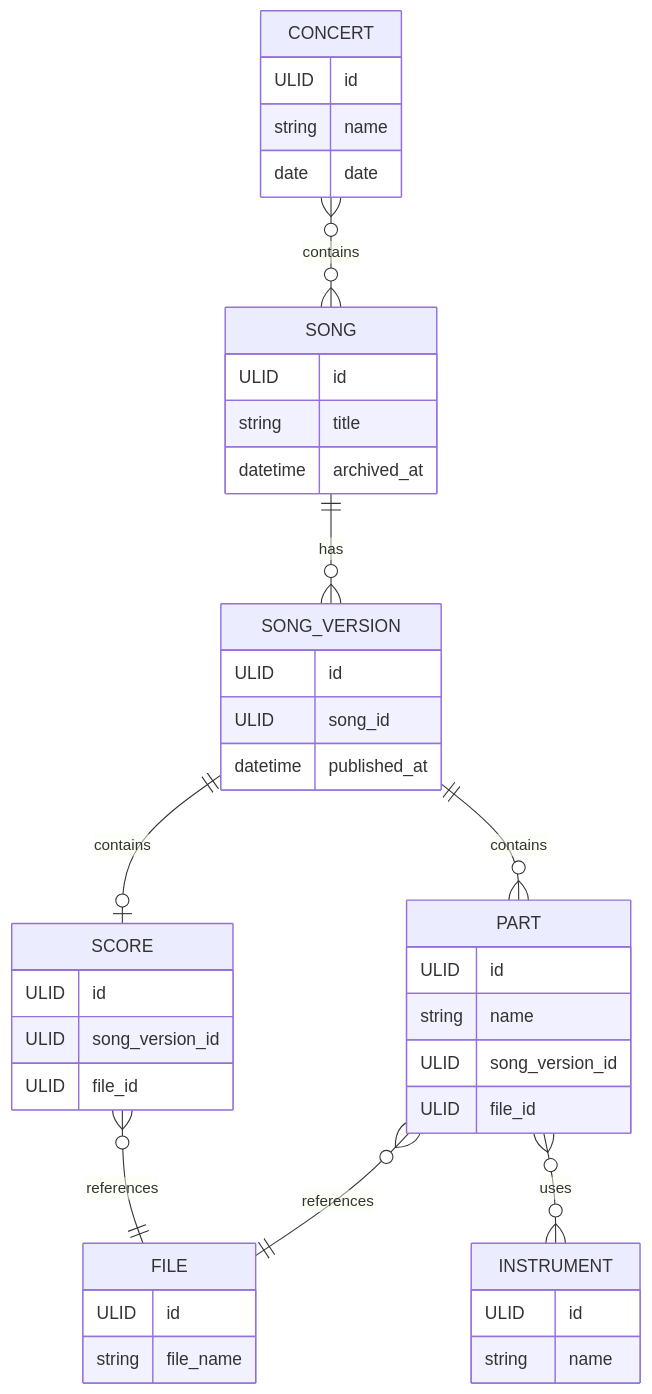
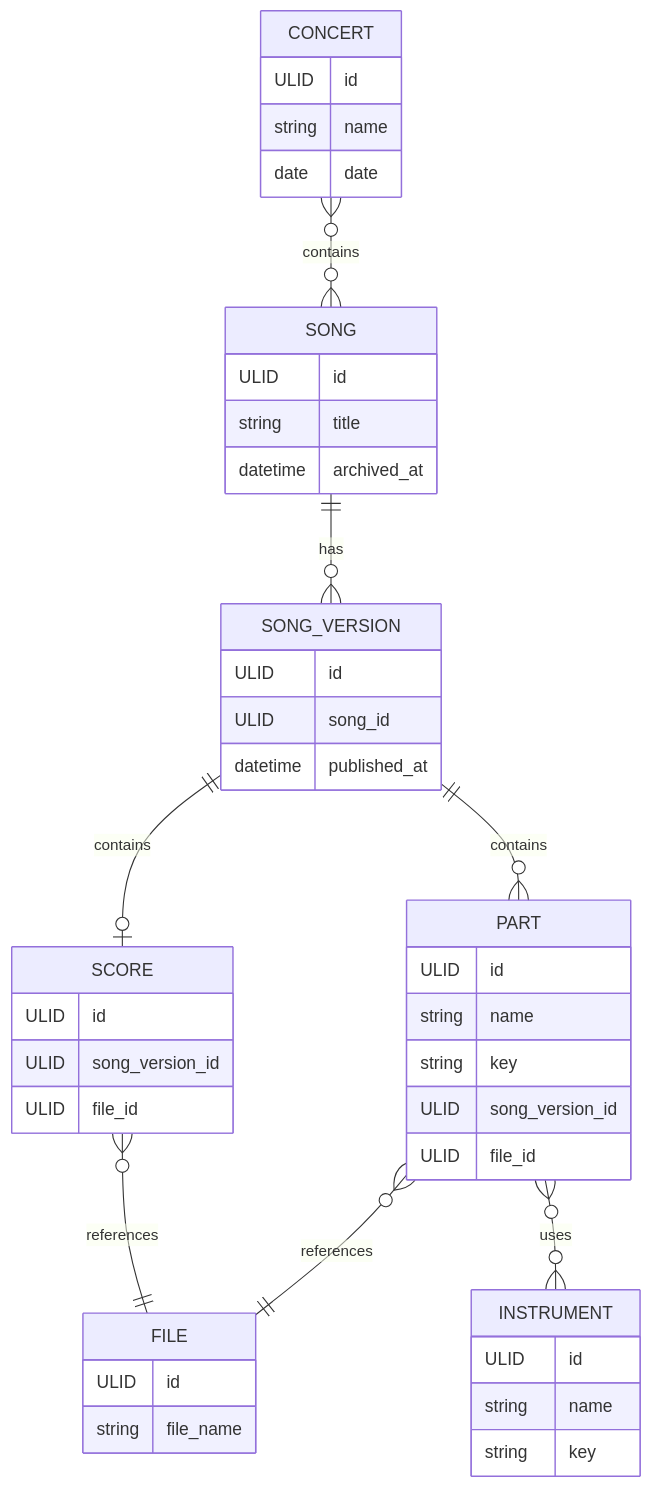
One commit to erikdsp/notbibliotek changed the diagram in docs/domain-model.md. Above: the diagram before and after it, drawn with Mermaid. The commit also changed 2 other files, not shown here.

Commit message:
feat: update api with key in part and instrument

````diff
--- a/docs/domain-model.md
+++ b/docs/domain-model.md
@@ -3,51 +3,53 @@
 ```mermaid
 erDiagram
     SONG ||--o{ SONG_VERSION : has
     SONG_VERSION ||--o| SCORE : contains
     SONG_VERSION ||--o{ PART : contains
     SCORE }o--|| FILE : references
     PART }o--|| FILE : references
     PART }o--o{ INSTRUMENT : uses
     CONCERT }o--o{ SONG : contains
 
     SONG {
         ULID id
         string title
         datetime archived_at
     }
 
     SONG_VERSION {
         ULID id
         ULID song_id
         datetime published_at
     }
 
     SCORE {
         ULID id
         ULID song_version_id
         ULID file_id
     }
 
     PART {
         ULID id
         string name
+        string key
         ULID song_version_id
         ULID file_id
     }
 
     INSTRUMENT {
         ULID id
         string name
+        string key
     }
 
     FILE {
         ULID id
         string file_name
     }
 
     CONCERT {
         ULID id
         string name
         date date
     }
 ```
````
